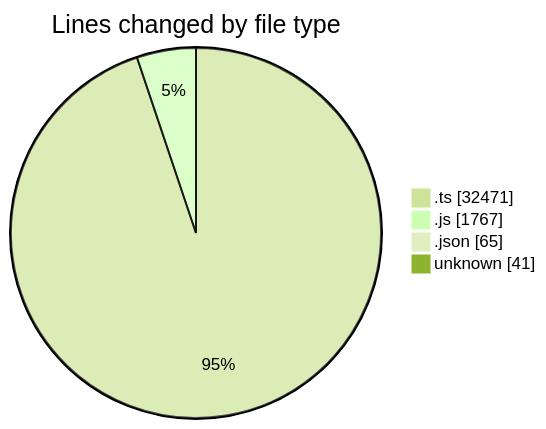
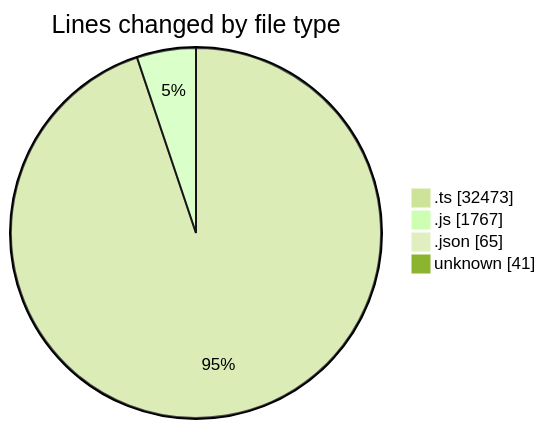
The first of 2 diagrams in 2025-07-31/cda/README.md (momahboobian/code-tracking), drawn with Mermaid (forest theme) before and after one commit. The commit also changed other lines of this file and 1 other file, not shown here.

````diff
--- a/2025-07-31/cda/README.md
+++ b/2025-07-31/cda/README.md
@@ -29,8 +29,8 @@
 ```mermaid
 pie showData
 title Lines changed by file type
-".ts" : 32471
+".ts" : 32473
 ".js" : 1767
 ".json" : 65
 "unknown" : 41
 ```
````
